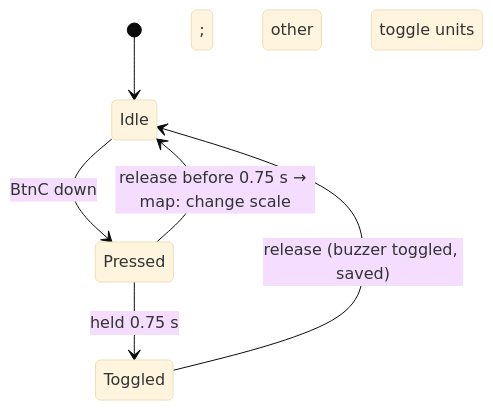
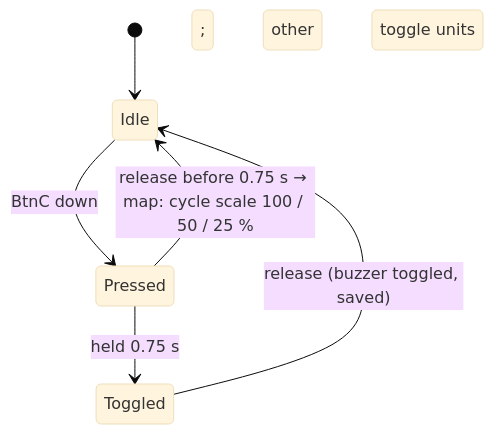
The first of 6 diagrams in README.md (svatec/nearplane-plus), drawn with Mermaid (base theme) before and after one commit. The commit also changed other lines of this file and 2 other files, not shown here.

First line of the commit message:
Fix radar map scale to use radius percentages

````diff
--- a/README.md
+++ b/README.md
@@ -233,8 +233,8 @@
 ```mermaid
 stateDiagram-v2
     [*] --> Idle
     Idle --> Pressed: BtnC down
-    Pressed --> Idle: release before 0.75 s → map: change scale; other pages: toggle units
+    Pressed --> Idle: release before 0.75 s → map: cycle scale 100 / 50 / 25 %; other pages: toggle units
     Pressed --> Toggled: held 0.75 s
     Toggled --> Idle: release (buzzer toggled, saved)
 ```
````
